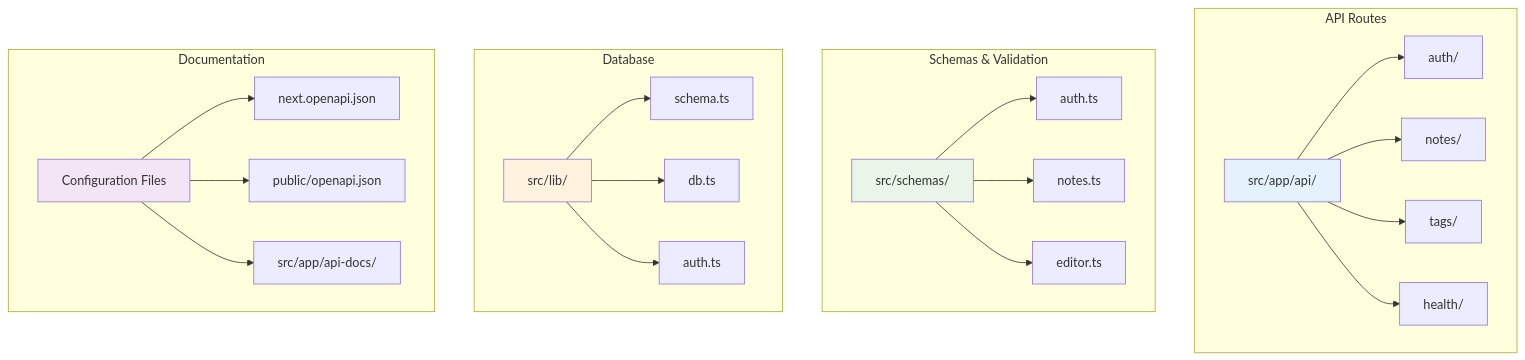
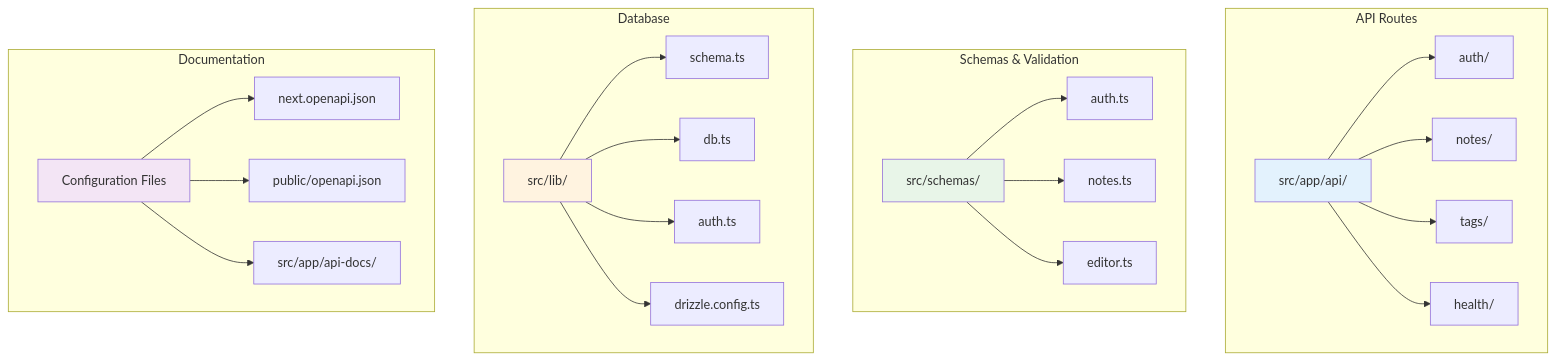
One commit to Chious/note-taking-web-app changed the fifth of 6 diagrams in docs/API_DOCUMENTATION.md. Above: the diagram before and after it, drawn with Mermaid. The commit also changed other lines of this file and 1 other file, not shown here.

First line of the commit message:
Update ORM references from Prisma to Drizzle

````diff
--- a/docs/API_DOCUMENTATION.md
+++ b/docs/API_DOCUMENTATION.md
@@ -613,36 +677,37 @@
 ```mermaid
 graph TD
     subgraph "API Routes"
         A[src/app/api/]
         A --> A1[auth/]
         A --> A2[notes/]
         A --> A3[tags/]
         A --> A4[health/]
     end
 
     subgraph "Schemas & Validation"
         B[src/schemas/]
         B --> B1[auth.ts]
         B --> B2[notes.ts]
         B --> B3[editor.ts]
     end
 
     subgraph "Database"
         C[src/lib/]
         C --> C1[schema.ts]
         C --> C2[db.ts]
         C --> C3[auth.ts]
+        C --> C4[drizzle.config.ts]
     end
 
     subgraph "Documentation"
         D[Configuration Files]
         D --> D1[next.openapi.json]
         D --> D2[public/openapi.json]
         D --> D3[src/app/api-docs/]
     end
 
     style A fill:#e3f2fd
     style B fill:#e8f5e8
     style C fill:#fff3e0
     style D fill:#f3e5f5
 ```
````
